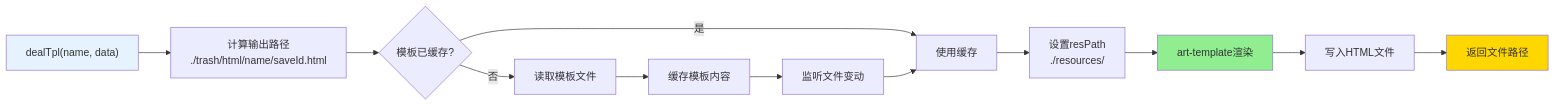
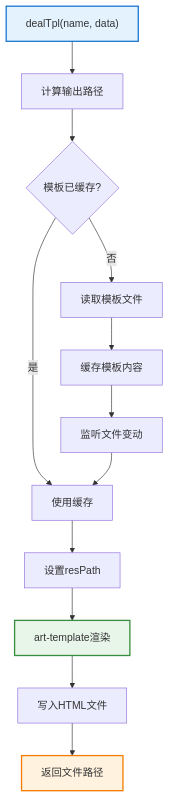
Before and after one commit to sunflowermm/XRK-AGT: the second of 2 diagrams in docs/renderer.md, drawn with Mermaid. The commit also changed other lines of this file and 19 other files, not shown here.

````diff
--- a/docs/renderer.md
+++ b/docs/renderer.md
@@ -87,18 +86,18 @@
 ```mermaid
-flowchart LR
-    A["dealTpl(name, data)"] --> B["计算输出路径<br/>./trash/html/name/saveId.html"]
+flowchart TB
+    A["dealTpl(name, data)"] --> B["计算输出路径"]
     B --> C{"模板已缓存?"}
     C -->|否| D["读取模板文件"]
     C -->|是| E["使用缓存"]
     D --> F["缓存模板内容"]
     F --> G["监听文件变动"]
     G --> E
-    E --> H["设置resPath<br/>./resources/"]
+    E --> H["设置resPath"]
     H --> I["art-template渲染"]
     I --> J["写入HTML文件"]
     J --> K["返回文件路径"]
     
-    style A fill:#E6F3FF
-    style I fill:#90EE90
-    style K fill:#FFD700
+    style A fill:#E3F2FD,stroke:#1976D2,stroke-width:2px
+    style I fill:#E8F5E9,stroke:#388E3C,stroke-width:2px
+    style K fill:#FFF3E0,stroke:#F57C00,stroke-width:2px
 ```
````
